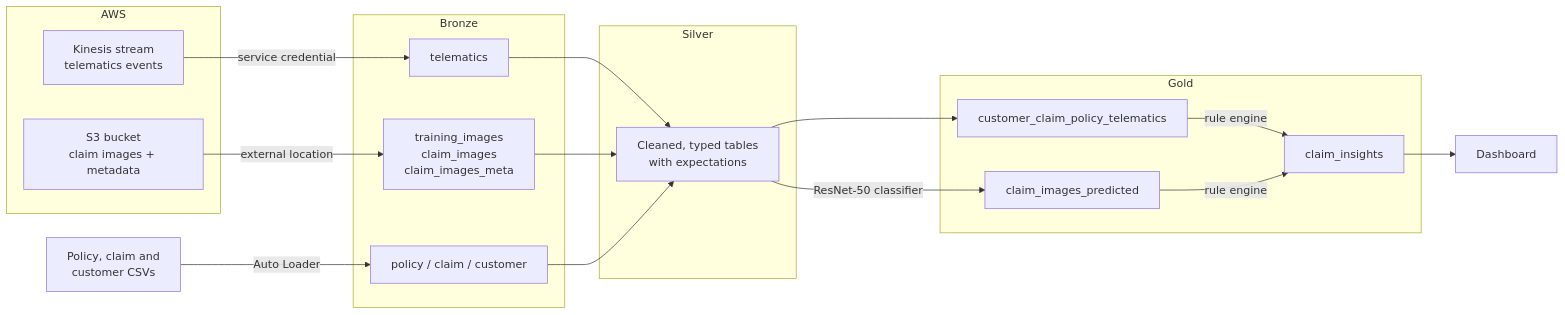
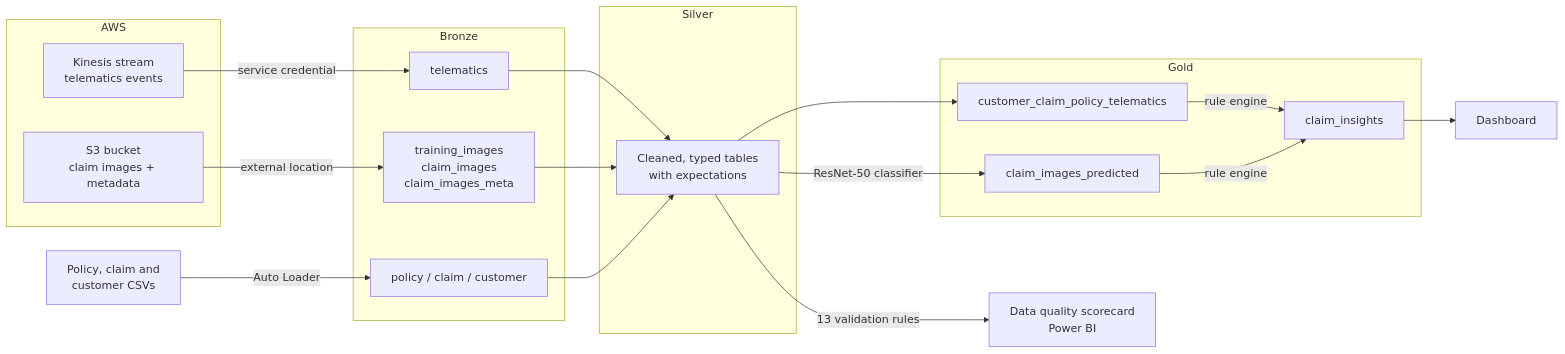
Before and after one commit to daniel06smith/databricks-smart-claims: the diagram in README.md, drawn with Mermaid. The commit also changed other lines of this file and 1 other file, not shown here.

Commit message:
updated README.md, and applied data quality checks in V4 of medallion architecture

````diff
--- a/README.md
+++ b/README.md
@@ -9,31 +9,32 @@
 ```mermaid
 flowchart LR
     subgraph AWS
         K[Kinesis stream<br/>telematics events]
         S3[S3 bucket<br/>claim images + metadata]
     end
     CSV[Policy, claim and<br/>customer CSVs]
 
     subgraph Bronze
         B1[telematics]
         B2[policy / claim / customer]
         B3[training_images<br/>claim_images<br/>claim_images_meta]
     end
     subgraph Silver
         S[Cleaned, typed tables<br/>with expectations]
     end
     subgraph Gold
         G1[customer_claim_policy_telematics]
         G2[claim_images_predicted]
         G3[claim_insights]
     end
 
     K -->|service credential| B1
     CSV -->|Auto Loader| B2
     S3 -->|external location| B3
     B1 & B2 & B3 --> S
     S --> G1
     S -->|ResNet-50 classifier| G2
     G1 & G2 -->|rule engine| G3
     G3 --> D[Dashboard]
+    S -->|13 validation rules| Q[Data quality scorecard<br/>Power BI]
 ```
````
